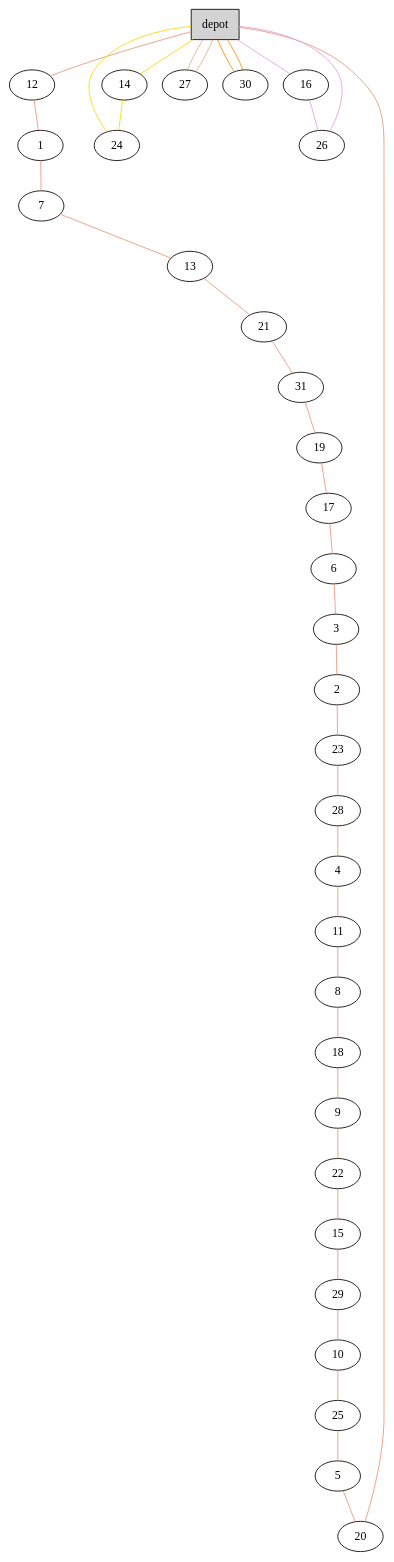
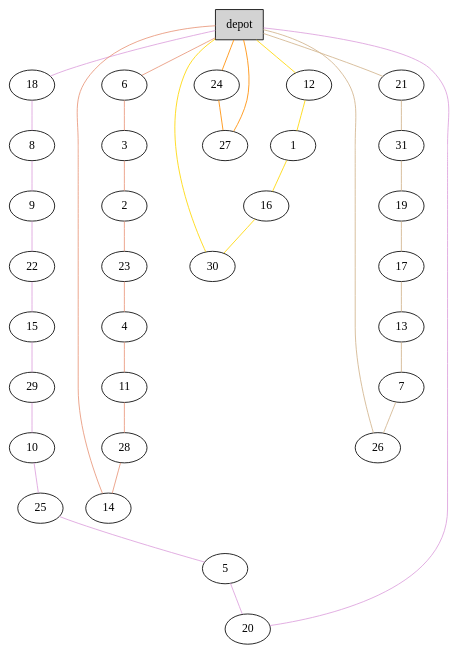
Before and after one commit to akheireddine/MAOA: the diagram in Instances/A/A-n32-k5_G.dot, drawn with Graphviz. The commit also changed 141 other files, not shown here.

```diff
--- a/Instances/A/A-n32-k5_G.dot
+++ b/Instances/A/A-n32-k5_G.dot
@@ -1,70 +1,70 @@
 graph G {
   0[shape = box, label = "depot", style = filled ];
-  12[shape = ellipse];
-  "0"--"12"[color = darksalmon];
-  1[shape = ellipse];
-  "12"--"1"[color = darksalmon];
-  7[shape = ellipse];
-  "1"--"7"[color = darksalmon];
-  13[shape = ellipse];
-  "7"--"13"[color = darksalmon];
-  21[shape = ellipse];
-  "13"--"21"[color = darksalmon];
-  31[shape = ellipse];
-  "21"--"31"[color = darksalmon];
-  19[shape = ellipse];
-  "31"--"19"[color = darksalmon];
-  17[shape = ellipse];
-  "19"--"17"[color = darksalmon];
   6[shape = ellipse];
-  "17"--"6"[color = darksalmon];
+  "0"--"6"[color = darksalmon];
   3[shape = ellipse];
   "6"--"3"[color = darksalmon];
   2[shape = ellipse];
   "3"--"2"[color = darksalmon];
   23[shape = ellipse];
   "2"--"23"[color = darksalmon];
-  28[shape = ellipse];
-  "23"--"28"[color = darksalmon];
   4[shape = ellipse];
-  "28"--"4"[color = darksalmon];
+  "23"--"4"[color = darksalmon];
   11[shape = ellipse];
   "4"--"11"[color = darksalmon];
+  28[shape = ellipse];
+  "11"--"28"[color = darksalmon];
+  14[shape = ellipse];
+  "28"--"14"[color = darksalmon];
+  "14"--"0"[color = darksalmon];
+  12[shape = ellipse];
+  "0"--"12"[color = gold];
+  1[shape = ellipse];
+  "12"--"1"[color = gold];
+  16[shape = ellipse];
+  "1"--"16"[color = gold];
+  30[shape = ellipse];
+  "16"--"30"[color = gold];
+  "30"--"0"[color = gold];
+  18[shape = ellipse];
+  "0"--"18"[color = plum];
   8[shape = ellipse];
-  "11"--"8"[color = darksalmon];
-  18[shape = ellipse];
-  "8"--"18"[color = darksalmon];
+  "18"--"8"[color = plum];
   9[shape = ellipse];
-  "18"--"9"[color = darksalmon];
+  "8"--"9"[color = plum];
   22[shape = ellipse];
-  "9"--"22"[color = darksalmon];
+  "9"--"22"[color = plum];
   15[shape = ellipse];
-  "22"--"15"[color = darksalmon];
+  "22"--"15"[color = plum];
   29[shape = ellipse];
-  "15"--"29"[color = darksalmon];
+  "15"--"29"[color = plum];
   10[shape = ellipse];
-  "29"--"10"[color = darksalmon];
+  "29"--"10"[color = plum];
   25[shape = ellipse];
-  "10"--"25"[color = darksalmon];
+  "10"--"25"[color = plum];
   5[shape = ellipse];
-  "25"--"5"[color = darksalmon];
+  "25"--"5"[color = plum];
   20[shape = ellipse];
-  "5"--"20"[color = darksalmon];
-  "20"--"0"[color = darksalmon];
-  14[shape = ellipse];
-  "0"--"14"[color = gold];
+  "5"--"20"[color = plum];
+  "20"--"0"[color = plum];
+  21[shape = ellipse];
+  "0"--"21"[color = tan];
+  31[shape = ellipse];
+  "21"--"31"[color = tan];
+  19[shape = ellipse];
+  "31"--"19"[color = tan];
+  17[shape = ellipse];
+  "19"--"17"[color = tan];
+  13[shape = ellipse];
+  "17"--"13"[color = tan];
+  7[shape = ellipse];
+  "13"--"7"[color = tan];
+  26[shape = ellipse];
+  "7"--"26"[color = tan];
+  "26"--"0"[color = tan];
   24[shape = ellipse];
-  "14"--"24"[color = gold];
-  "24"--"0"[color = gold];
-  16[shape = ellipse];
-  "0"--"16"[color = plum];
-  26[shape = ellipse];
-  "16"--"26"[color = plum];
-  "26"--"0"[color = plum];
+  "0"--"24"[color = darkorange];
   27[shape = ellipse];
-  "0"--"27"[color = tan];
-  "27"--"0"[color = tan];
-  30[shape = ellipse];
-  "0"--"30"[color = darkorange];
-  "30"--"0"[color = darkorange];
+  "24"--"27"[color = darkorange];
+  "27"--"0"[color = darkorange];
 }
```
